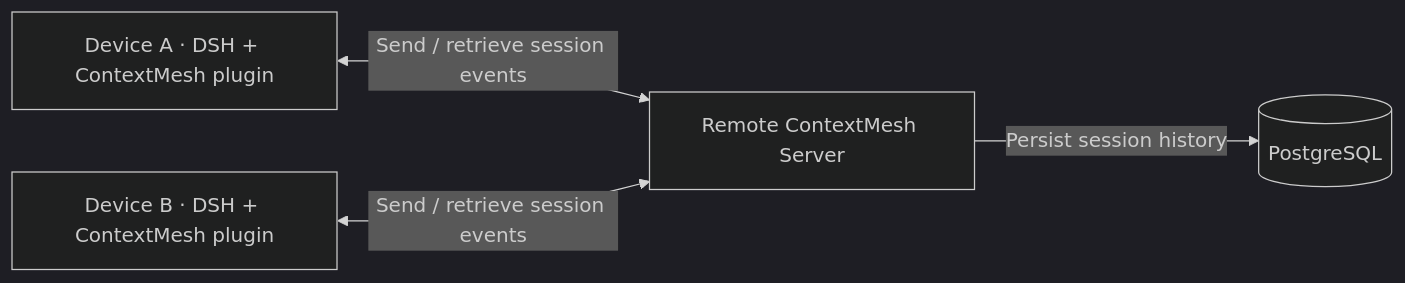
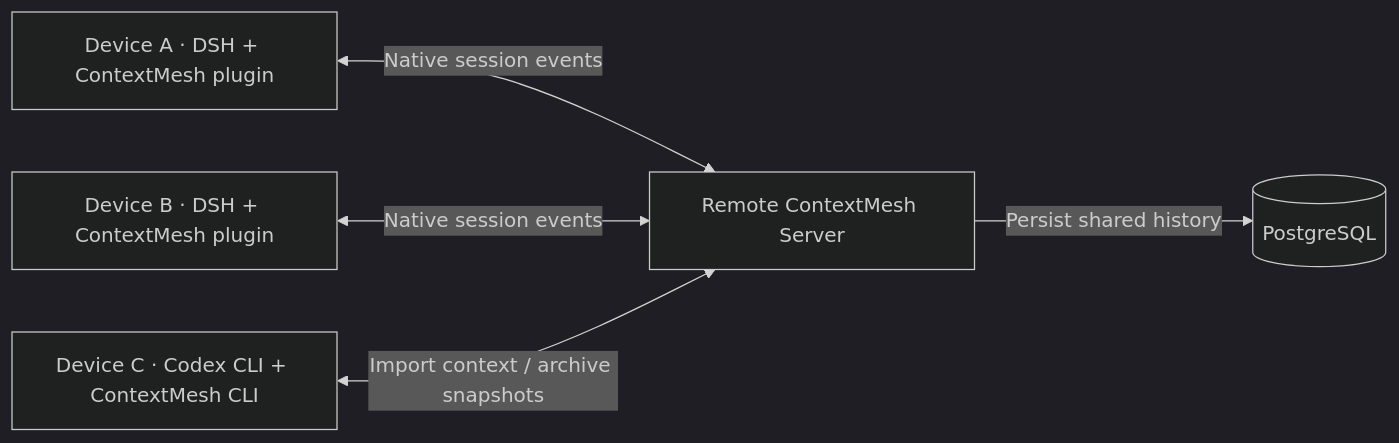
The diagram in README.md (MarsZheng666/ContextMesh), drawn with Mermaid (dark theme) before and after one commit. The commit also changed other lines of this file and 1 other file, not shown here.

Commit message:
docs: explain DSH and Codex setup and supported workflows

````diff
--- a/README.md
+++ b/README.md
@@ -15,6 +15,7 @@
 ```mermaid
 flowchart LR
-  A["Device A · DSH + ContextMesh plugin"] <-->|"Send / retrieve session events"| S["Remote ContextMesh Server"]
-  B["Device B · DSH + ContextMesh plugin"] <-->|"Send / retrieve session events"| S
-  S -->|"Persist session history"| DB[(PostgreSQL)]
+  A["Device A · DSH + ContextMesh plugin"] <-->|"Native session events"| S["Remote ContextMesh Server"]
+  B["Device B · DSH + ContextMesh plugin"] <-->|"Native session events"| S
+  C["Device C · Codex CLI + ContextMesh CLI"] <-->|"Import context / archive snapshots"| S
+  S -->|"Persist shared history"| DB[(PostgreSQL)]
 ```
````
